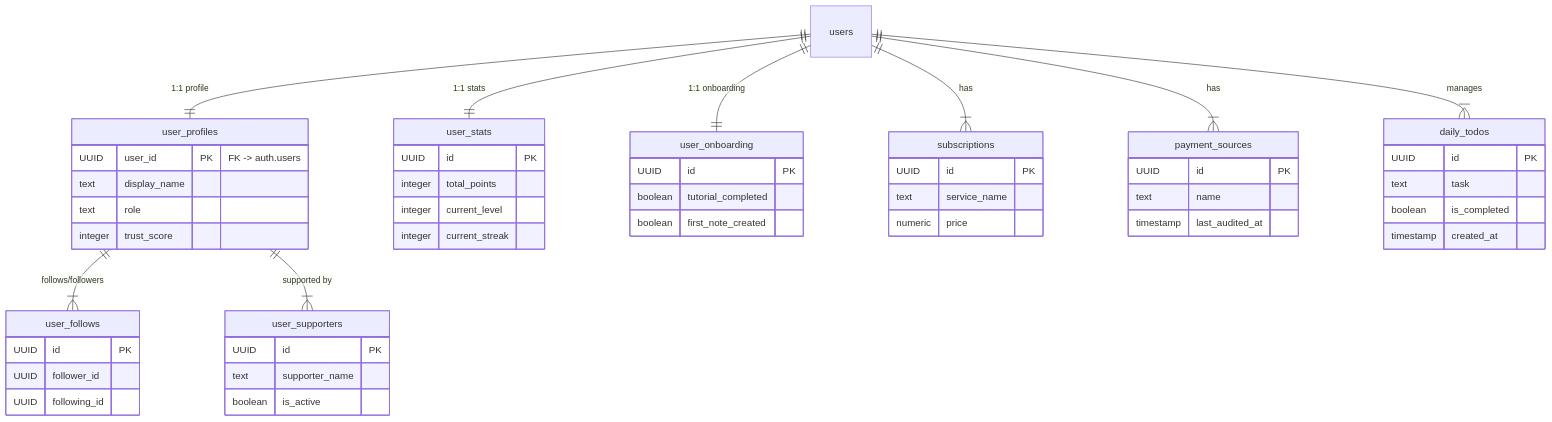
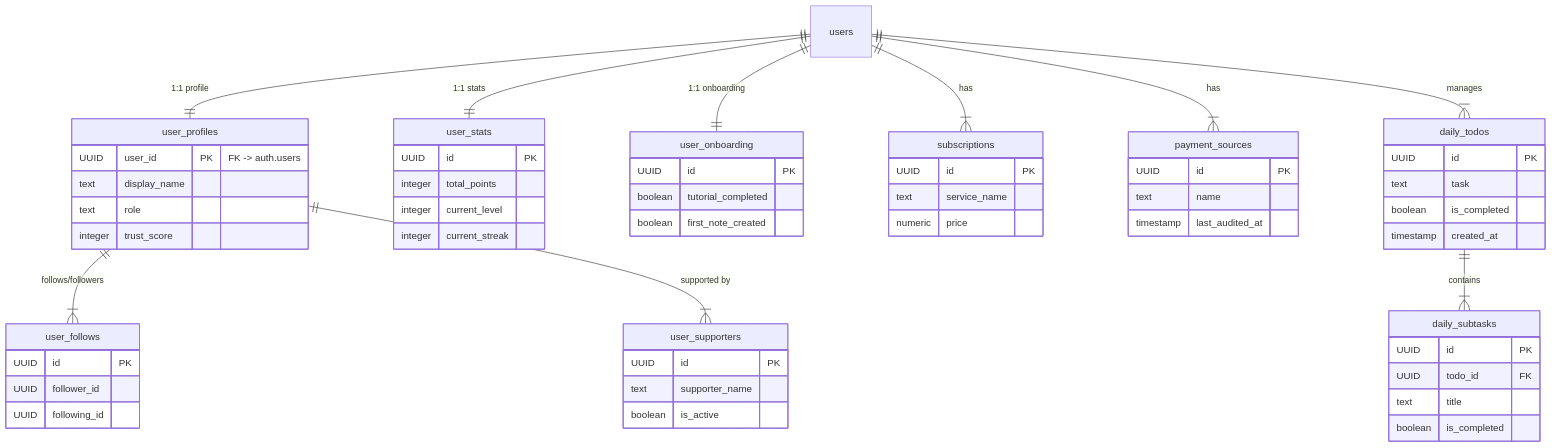
The third of 7 diagrams in DETAILED_DESIGN.md (kanta13jp1/my_web_app), drawn with Mermaid before and after one commit. The commit also changed 9 other files, not shown here.

````diff
--- a/DETAILED_DESIGN.md
+++ b/DETAILED_DESIGN.md
@@ -236,20 +236,22 @@
 ```mermaid
 erDiagram
     users ||--|| user_profiles : "1:1 profile"
     users ||--|| user_stats : "1:1 stats"
     users ||--|| user_onboarding : "1:1 onboarding"
     users ||--|{ subscriptions : "has"
     users ||--|{ payment_sources : "has"
     user_profiles ||--|{ user_follows : "follows/followers"
     user_profiles ||--|{ user_supporters : "supported by"
     users ||--|{ daily_todos : "manages"
+    daily_todos ||--|{ daily_subtasks : "contains"
 
     user_profiles { UUID user_id PK "FK -> auth.users" text display_name text role integer trust_score }
     user_stats { UUID id PK integer total_points integer current_level integer current_streak }
     user_onboarding { UUID id PK boolean tutorial_completed boolean first_note_created }
     subscriptions { UUID id PK text service_name numeric price }
     payment_sources { UUID id PK text name timestamp last_audited_at }
     user_follows { UUID id PK UUID follower_id UUID following_id }
     user_supporters { UUID id PK text supporter_name boolean is_active }
     daily_todos { UUID id PK text task boolean is_completed timestamp created_at }
+    daily_subtasks { UUID id PK UUID todo_id FK text title boolean is_completed }
 ```
````
